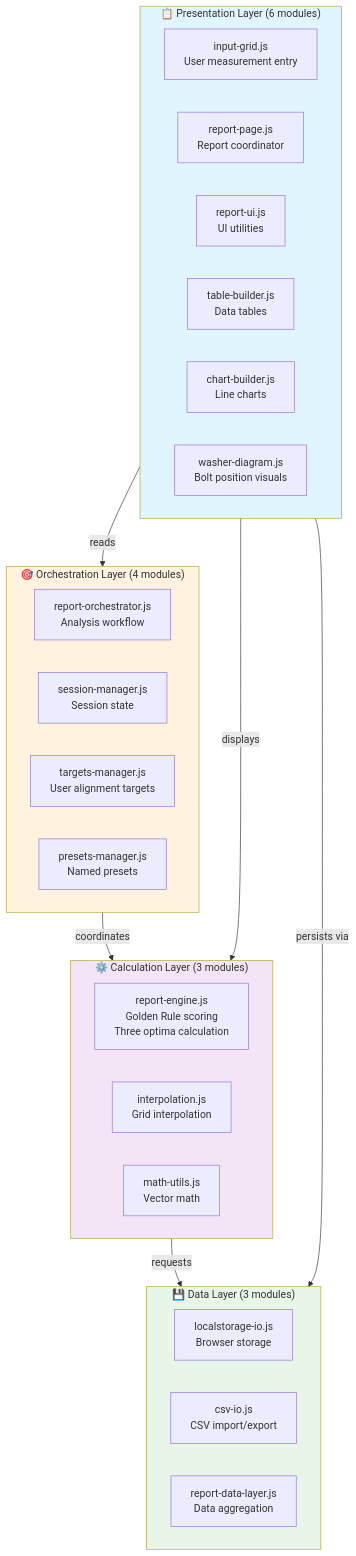
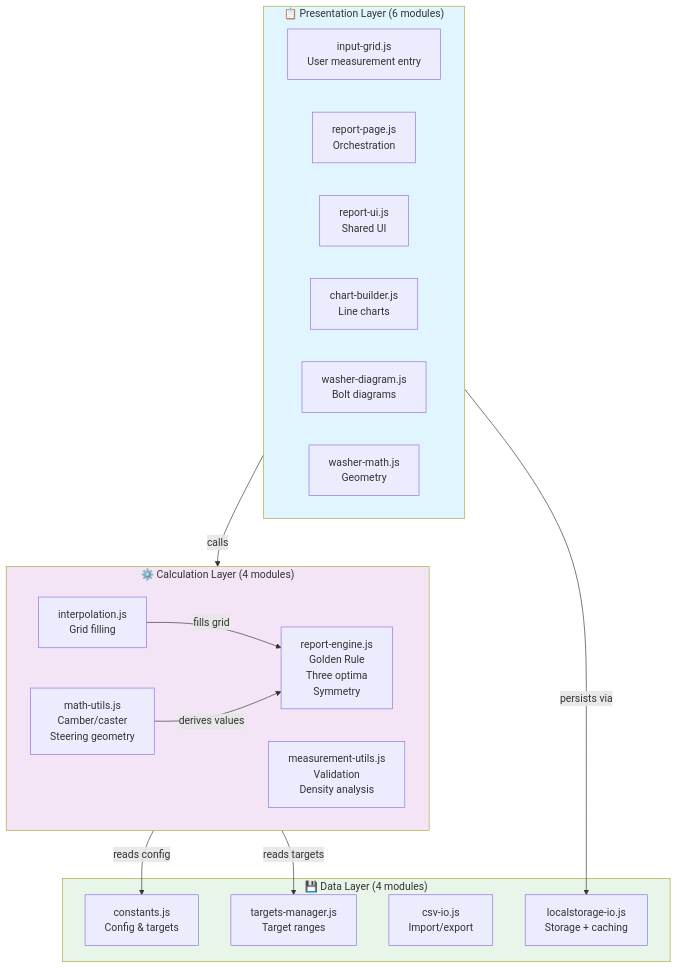
One commit to marcelrienks/angularity changed the first of 2 diagrams in wiki/ARCHITECTURE.md. Above: the diagram before and after it, drawn with Mermaid. The commit also changed other lines of this file and 3 other files, not shown here.

````diff
--- a/wiki/ARCHITECTURE.md
+++ b/wiki/ARCHITECTURE.md
@@ -437,41 +439,36 @@
 ```mermaid
 graph TB
     subgraph UI["📋 Presentation Layer (6 modules)"]
         IG["input-grid.js<br/>User measurement entry"]
-        RP["report-page.js<br/>Report coordinator"]
-        RUI["report-ui.js<br/>UI utilities"]
-        TB["table-builder.js<br/>Data tables"]
+        RP["report-page.js<br/>Orchestration"]
+        RUI["report-ui.js<br/>Shared UI"]
         CB["chart-builder.js<br/>Line charts"]
-        WD["washer-diagram.js<br/>Bolt position visuals"]
+        WD["washer-diagram.js<br/>Bolt diagrams"]
+        WM["washer-math.js<br/>Geometry"]
     end
     
-    subgraph ORCH["🎯 Orchestration Layer (4 modules)"]
-        RO["report-orchestrator.js<br/>Analysis workflow"]
-        SM["session-manager.js<br/>Session state"]
-        TM["targets-manager.js<br/>User alignment targets"]
-        PM["presets-manager.js<br/>Named presets"]
+    subgraph CALC["⚙️ Calculation Layer (4 modules)"]
+        RE["report-engine.js<br/>Golden Rule<br/>Three optima<br/>Symmetry"]
+        INTERP["interpolation.js<br/>Grid filling"]
+        MU["math-utils.js<br/>Camber/caster<br/>Steering geometry"]
+        MEAS["measurement-utils.js<br/>Validation<br/>Density analysis"]
     end
     
-    subgraph CALC["⚙️ Calculation Layer (3 modules)"]
-        RE["report-engine.js<br/>Golden Rule scoring<br/>Three optima calculation"]
-        INTERP["interpolation.js<br/>Grid interpolation"]
-        MU["math-utils.js<br/>Vector math"]
+    subgraph DATA["💾 Data Layer (4 modules)"]
+        CONST["constants.js<br/>Config & targets"]
+        LSI["localstorage-io.js<br/>Storage + caching"]
+        CSI["csv-io.js<br/>Import/export"]
+        TM["targets-manager.js<br/>Target ranges"]
     end
     
-    subgraph DATA["💾 Data Layer (3 modules)"]
-        LSI["localstorage-io.js<br/>Browser storage"]
-        CSI["csv-io.js<br/>CSV import/export"]
-        RDL["report-data-layer.js<br/>Data aggregation"]
-    end
-    
-    UI -->|reads| ORCH
-    ORCH -->|coordinates| CALC
-    CALC -->|requests| DATA
-    UI -->|displays| CALC
-    UI -->|persists via| DATA
+    UI -->|calls| CALC
+    UI -->|persists via| LSI
+    CALC -->|reads config| CONST
+    CALC -->|reads targets| TM
+    INTERP -->|fills grid| RE
+    MU -->|derives values| RE
     
     style UI fill:#e1f5ff
-    style ORCH fill:#fff3e0
     style CALC fill:#f3e5f5
     style DATA fill:#e8f5e9
 ```
````
